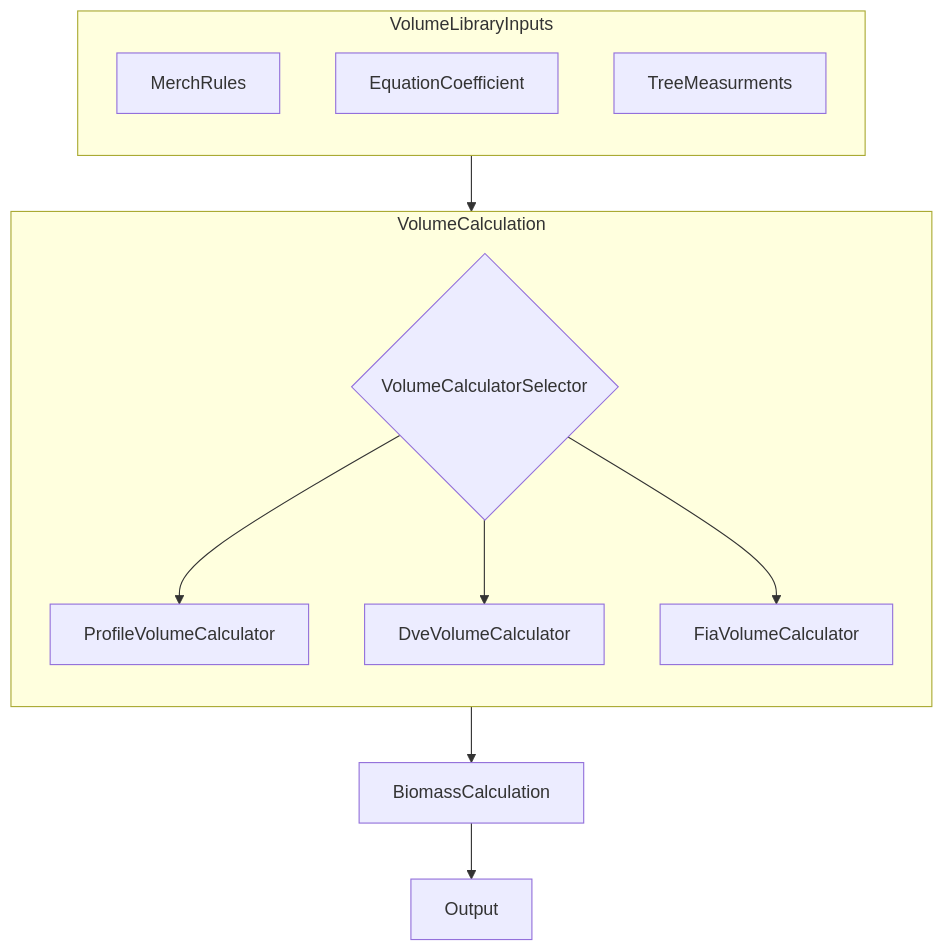
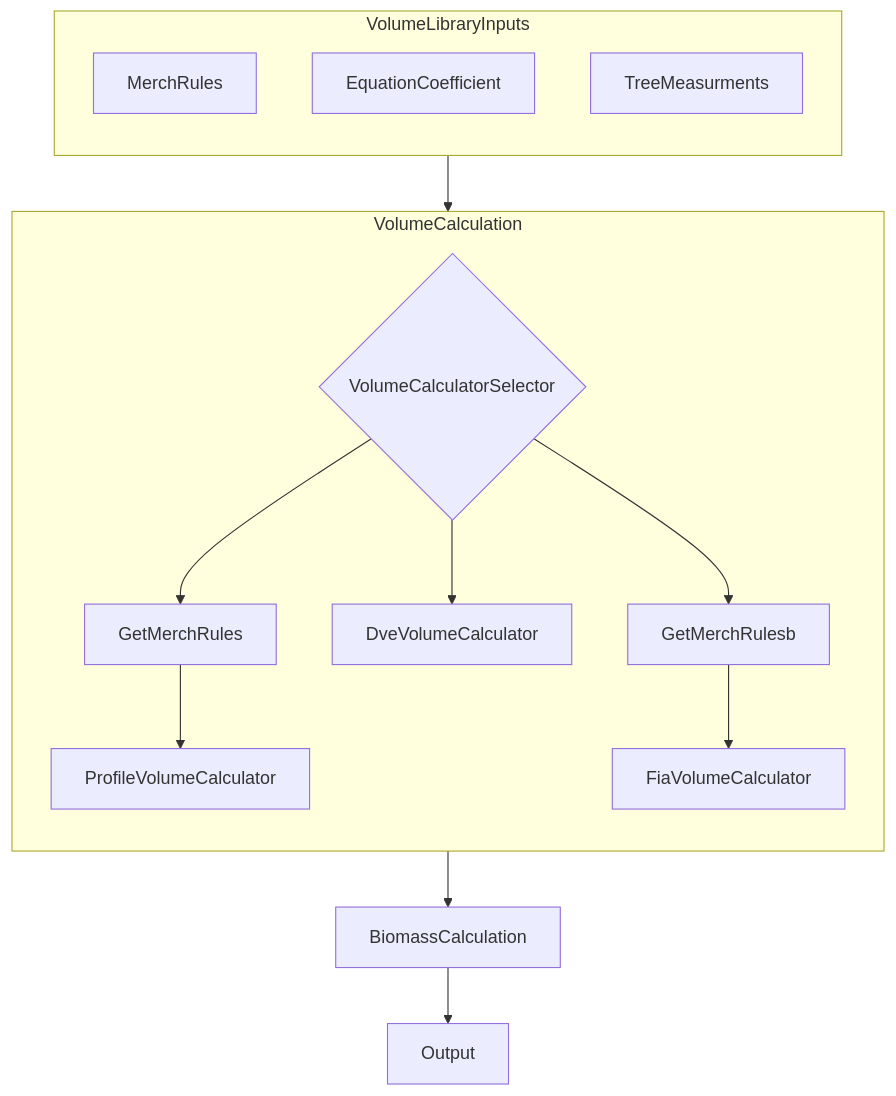
One commit to FMSC-Measurements/VolumeLibrary changed the first of 6 diagrams in docs/NewVolLibPlanning/VolumeCalulationFlow.md. Above: the diagram before and after it, drawn with Mermaid. The commit also changed other lines of this file and 1 other file, not shown here.

````diff
--- a/docs/NewVolLibPlanning/VolumeCalulationFlow.md
+++ b/docs/NewVolLibPlanning/VolumeCalulationFlow.md
@@ -2,24 +2,24 @@
 ```mermaid
 flowchart TB
 
     VolumeLibraryInputs --> VolumeCalculation --> BiomassCalculation --> Output
 
     subgraph VolumeLibraryInputs
         direction TB
         MerchRules
         EquationCoefficient
         TreeMeasurments
         
     end
     
 
     subgraph VolumeCalculation
         direction TB
 
         A{VolumeCalculatorSelector}
-        A-->ProfileVolumeCalculator
+        A-->GetMerchRules-->ProfileVolumeCalculator
         A-->DveVolumeCalculator
-        A-->FiaVolumeCalculator
+        A-->GetMerchRulesb-->FiaVolumeCalculator
     end
 
 ```
````
